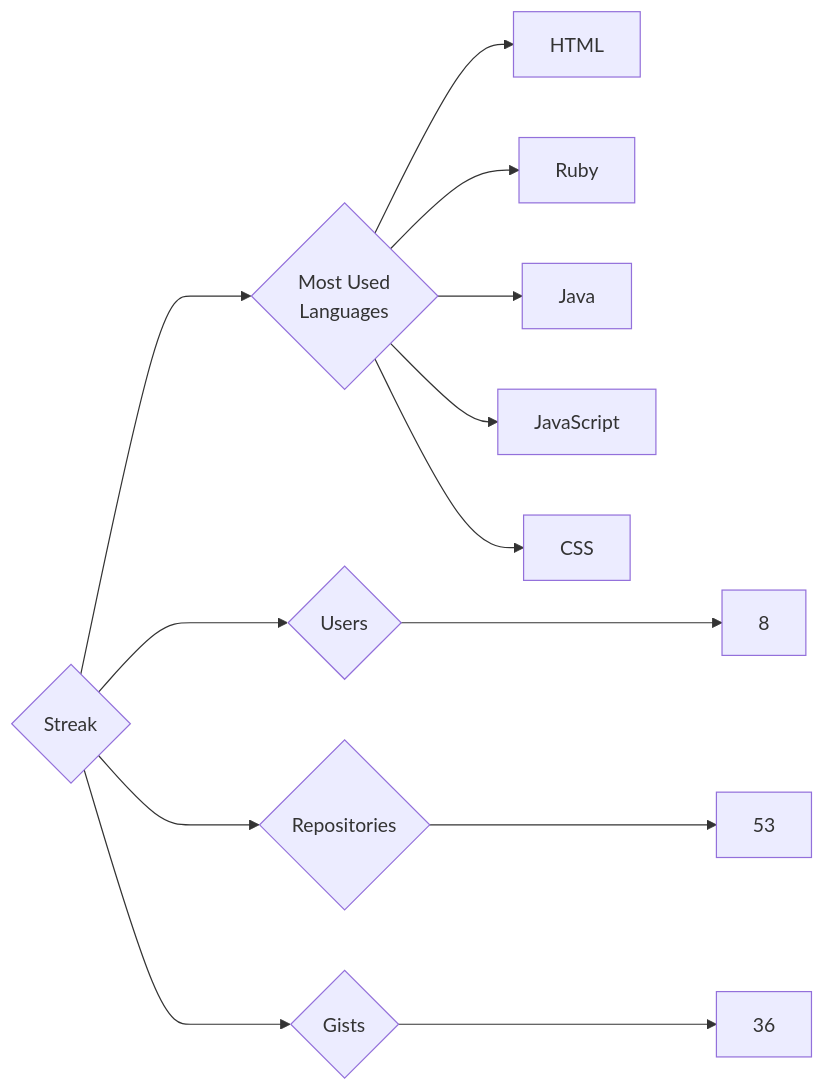
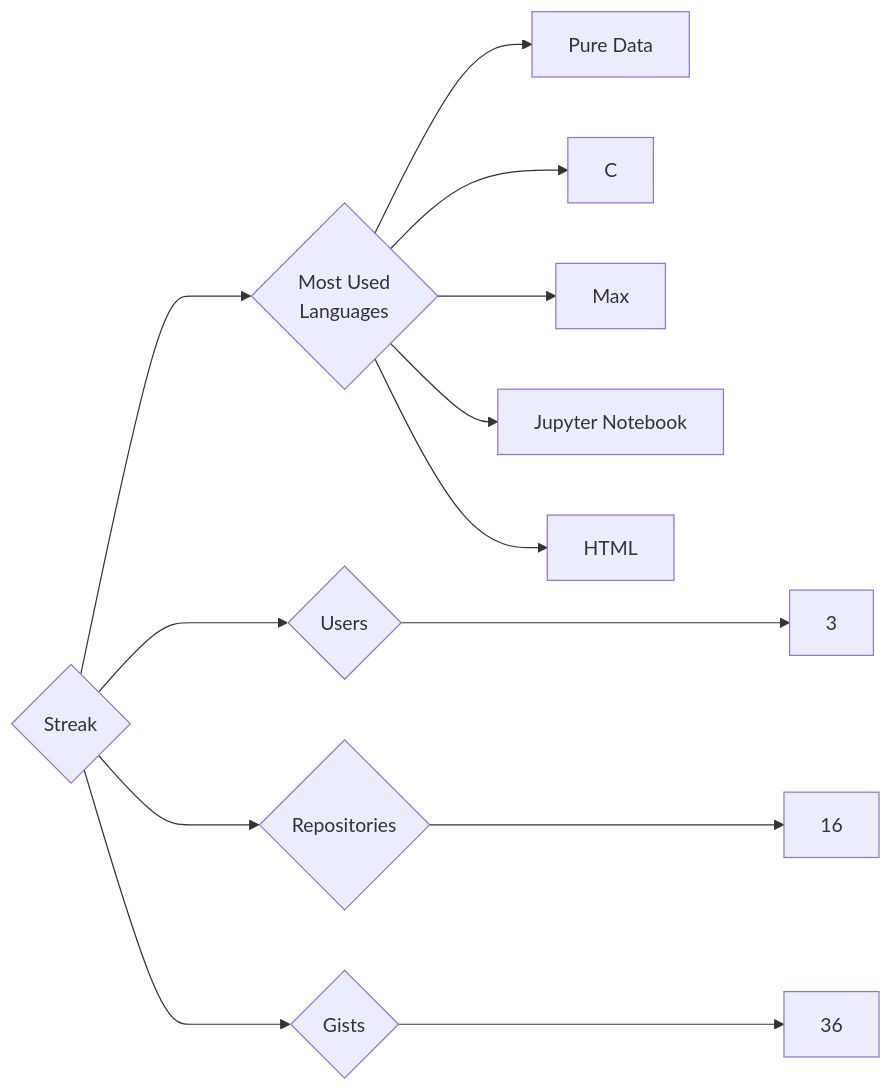
The diagram in targets/Streak/README.md (trickest/insiders), drawn with Mermaid before and after one commit. The commit also changed 969 other files, not shown here.

````diff
--- a/targets/Streak/README.md
+++ b/targets/Streak/README.md
@@ -3,13 +3,13 @@
 ```mermaid
 graph LR
 COMPANY_NAME{Streak}
-COMPANY_NAME ---> U{Users} ---> UN[8]
-COMPANY_NAME ---> R{Repositories} ---> RN[53]
+COMPANY_NAME ---> U{Users} ---> UN[3]
+COMPANY_NAME ---> R{Repositories} ---> RN[16]
 COMPANY_NAME ---> G{Gists} ---> GN[36]
 COMPANY_NAME ---> ML{Most Used<br>Languages}
+ML --> Pure_Data[Pure Data]
+ML --> C[C]
+ML --> Max[Max]
+ML --> Jupyter_Notebook[Jupyter Notebook]
 ML --> HTML[HTML]
-ML --> Ruby[Ruby]
-ML --> Java[Java]
-ML --> JavaScript[JavaScript]
-ML --> CSS[CSS]
 ```
````
